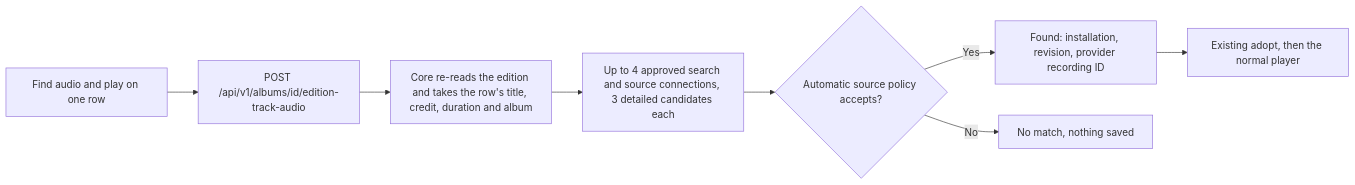
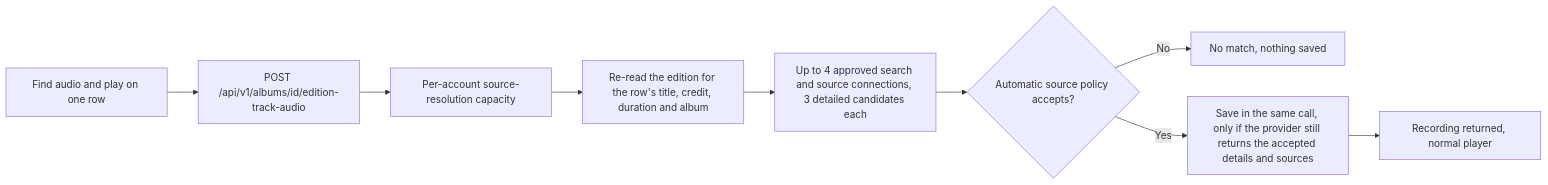
One commit to acidiney/hitoapp changed the fourth of 5 diagrams in docs/catalog-browsing.md. Above: the diagram before and after it, drawn with Mermaid. The commit also changed other lines of this file and 2 other files, not shown here.

Commit message:
Document server-enforced album track audio saving with updated evidence

````diff
--- a/docs/catalog-browsing.md
+++ b/docs/catalog-browsing.md
@@ -85,10 +85,11 @@
 ```mermaid
 flowchart LR
   Click[Find audio and play on one row] --> Route[POST /api/v1/albums/id/edition-track-audio]
-  Route --> Reread[Core re-reads the edition and takes the row's title, credit, duration and album]
+  Route --> Admit[Per-account source-resolution capacity]
+  Admit --> Reread[Re-read the edition for the row's title, credit, duration and album]
   Reread --> Search[Up to 4 approved search and source connections, 3 detailed candidates each]
   Search --> Policy{Automatic source policy accepts?}
-  Policy -->|Yes| Found[Found: installation, revision, provider recording ID]
   Policy -->|No| None[No match, nothing saved]
-  Found --> Adopt[Existing adopt, then the normal player]
+  Policy -->|Yes| Save[Save in the same call, only if the provider still returns the accepted details and sources]
+  Save --> Play[Recording returned, normal player]
 ```
````
